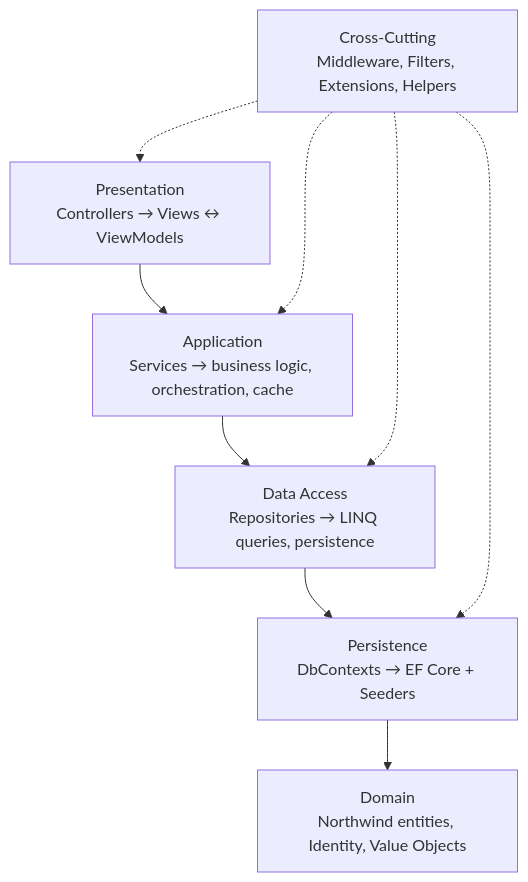
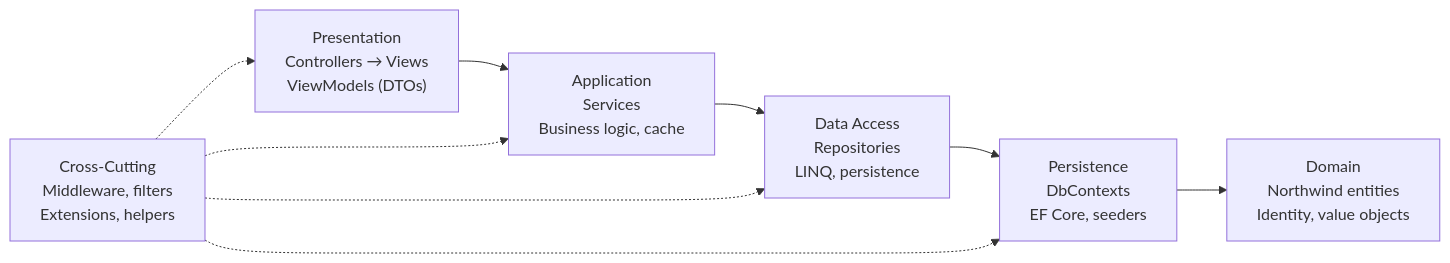
Before and after one commit to jeffersonmejia/north-taks1-p3: the diagram in README.md, drawn with Mermaid.

Commit message:
docs: reshape package diagram to horizontal layout with detail

````diff
--- a/README.md
+++ b/README.md
@@ -45,15 +45,15 @@
 ```mermaid
-flowchart TB
-  P["Presentation<br/>Controllers → Views ↔ ViewModels"]
-  App["Application<br/>Services → business logic, orchestration, cache"]
-  DAL["Data Access<br/>Repositories → LINQ queries, persistence"]
-  Per["Persistence<br/>DbContexts → EF Core + Seeders"]
-  Dom["Domain<br/>Northwind entities, Identity, Value Objects"]
-  XCut["Cross-Cutting<br/>Middleware, Filters, Extensions, Helpers"]
+flowchart LR
+  P["Presentation<br/>Controllers → Views<br/>ViewModels (DTOs)"]
+  App["Application<br/>Services<br/>Business logic, cache"]
+  DAL["Data Access<br/>Repositories<br/>LINQ, persistence"]
+  Per["Persistence<br/>DbContexts<br/>EF Core, seeders"]
+  Dom["Domain<br/>Northwind entities<br/>Identity, value objects"]
+  XCut["Cross-Cutting<br/>Middleware, filters<br/>Extensions, helpers"]
 
   P --> App --> DAL --> Per --> Dom
   XCut -.-> P
   XCut -.-> App
   XCut -.-> DAL
   XCut -.-> Per
 ```
````
